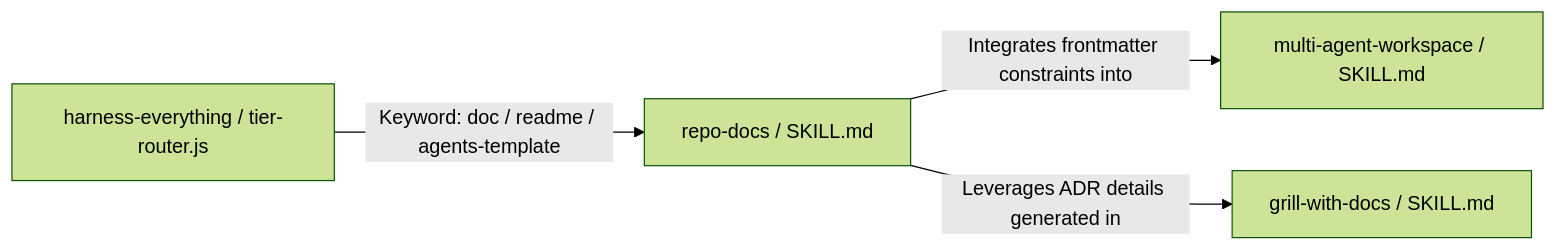
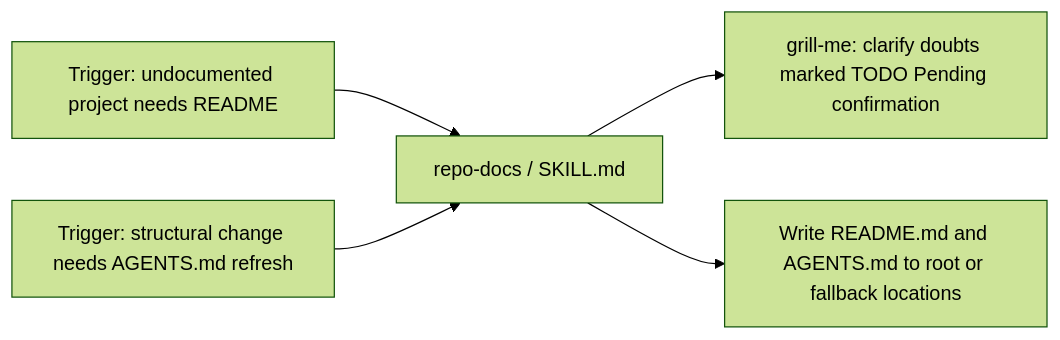
Before and after one commit to dyphn1/Harness-everything: the second of 3 diagrams in docs/workflows/repo-docs.md, drawn with Mermaid (forest theme). The commit also changed other lines of this file and 16 other files, not shown here.

````diff
--- a/docs/workflows/repo-docs.md
+++ b/docs/workflows/repo-docs.md
@@ -33,6 +21,7 @@
 ```mermaid
 graph LR
-  Router["harness-everything / tier-router.js"] -->|Keyword: doc / readme / agents-template| RepoDocs["repo-docs / SKILL.md"]
-  RepoDocs -->|Integrates frontmatter constraints into| BMAS["multi-agent-workspace / SKILL.md"]
-  RepoDocs -->|Leverages ADR details generated in| GWD["grill-with-docs / SKILL.md"]
+  UndocProject["Trigger: undocumented project needs README"] --> RepoDocs["repo-docs / SKILL.md"]
+  StructuralChange["Trigger: structural change needs AGENTS.md refresh"] --> RepoDocs
+  RepoDocs --> GrillMe["grill-me: clarify doubts marked TODO Pending confirmation"]
+  RepoDocs --> WriteOut["Write README.md and AGENTS.md to root or fallback locations"]
 ```
````
